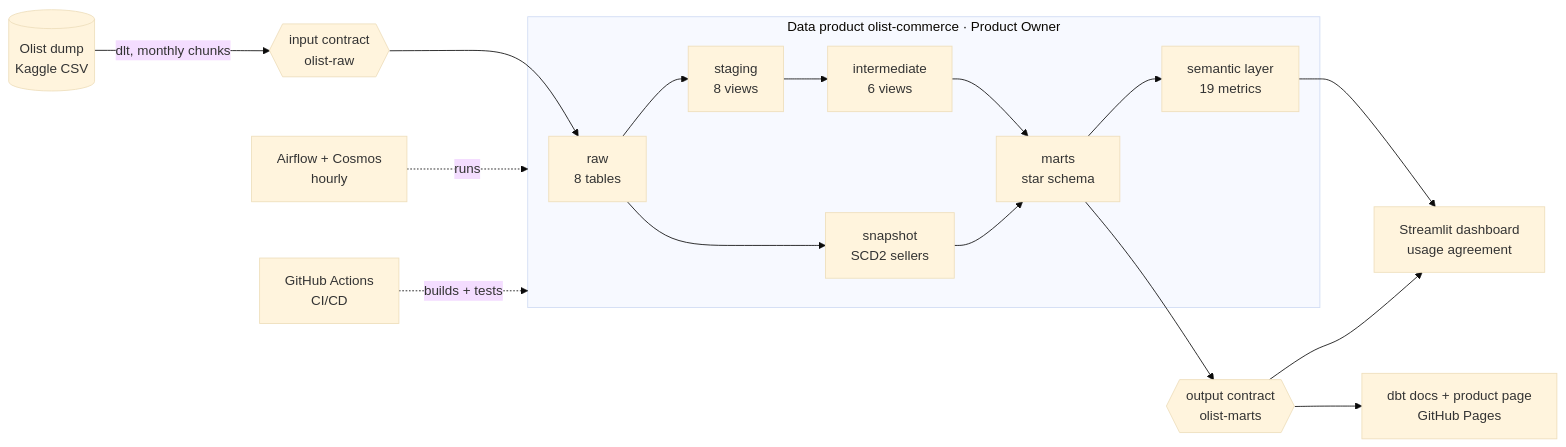
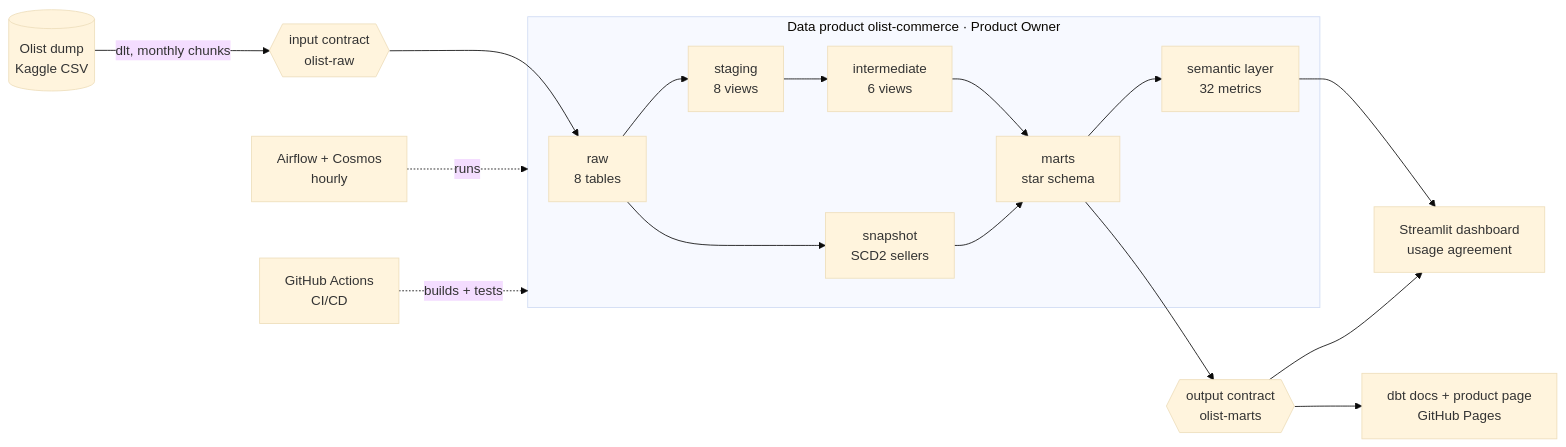
One commit to ShuCiG/olist-analytics-dbt changed the first of 4 diagrams in README.md. Above: the diagram before and after it, drawn with Mermaid (base theme). The commit also changed other lines of this file and 11 other files, not shown here.

````diff
--- a/README.md
+++ b/README.md
@@ -84,19 +84,19 @@
 ```mermaid
 flowchart LR
     kaggle[(Olist dump<br/>Kaggle CSV)] -->|dlt, monthly chunks| ic{{input contract<br/>olist-raw}}
     ic --> raw
 
     subgraph product[Data product olist-commerce · Product Owner]
         raw[raw<br/>8 tables] --> staging[staging<br/>8 views] --> intermediate[intermediate<br/>6 views] --> marts[marts<br/>star schema]
-        marts --> metrics[semantic layer<br/>19 metrics]
+        marts --> metrics[semantic layer<br/>32 metrics]
         raw --> snap[snapshot<br/>SCD2 sellers] --> marts
     end
 
     marts --> oc{{output contract<br/>olist-marts}}
     oc --> dash[Streamlit dashboard<br/>usage agreement]
     metrics --> dash
     oc --> docs[dbt docs + product page<br/>GitHub Pages]
 
     airflow[Airflow + Cosmos<br/>hourly] -. runs .-> product
     ci[GitHub Actions<br/>CI/CD] -. builds + tests .-> product
 ```
````
